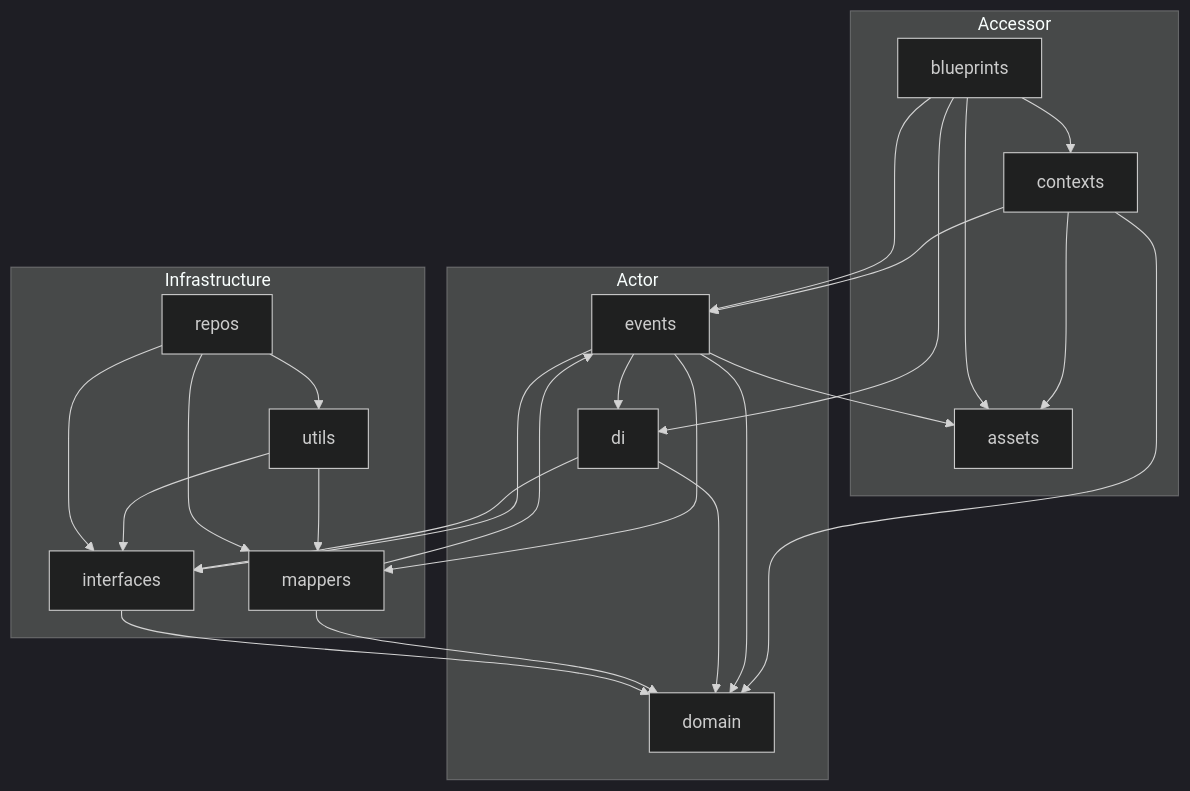
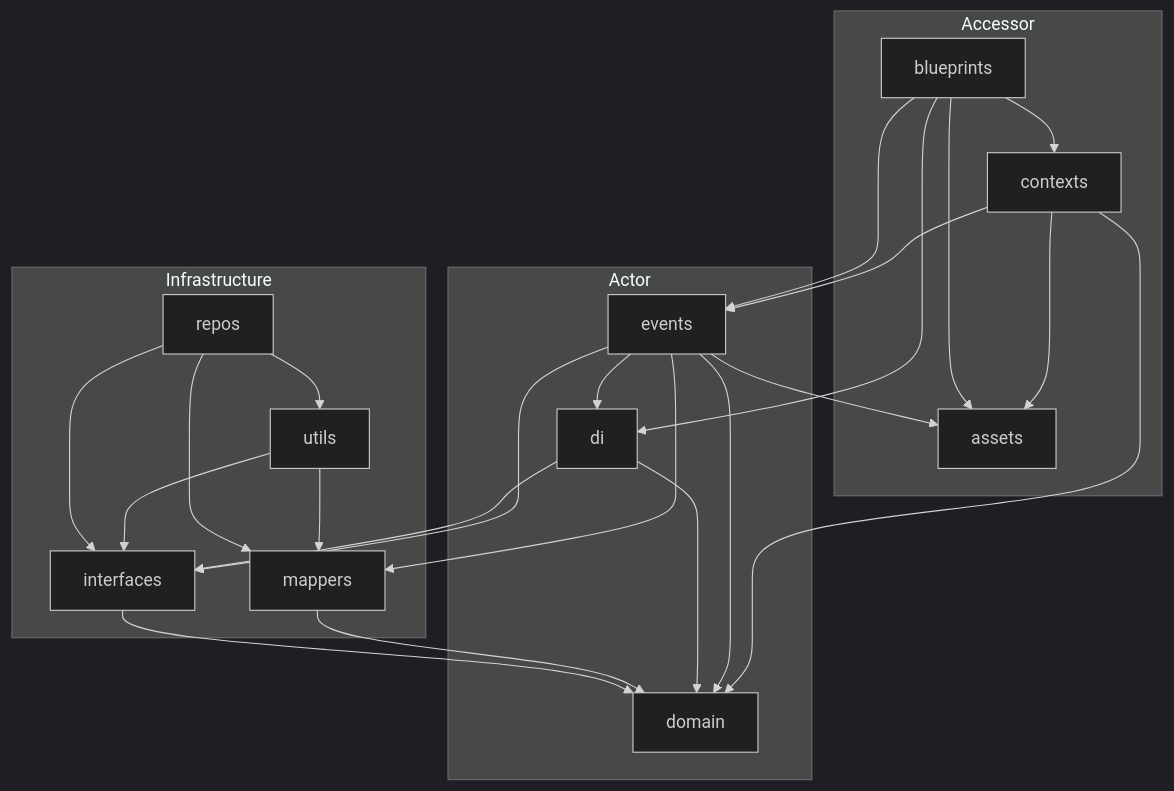
One commit to greatstrength/tiferet changed the diagram in docs/collab/agents/skills/tiferet-code-architecture/SKILL.md. Above: the diagram before and after it, drawn with Mermaid (dark theme). The commit also changed other lines of this file and 10 other files, not shown here.

````diff
--- a/docs/collab/agents/skills/tiferet-code-architecture/SKILL.md
+++ b/docs/collab/agents/skills/tiferet-code-architecture/SKILL.md
@@ -33,28 +33,28 @@
 ```mermaid
 flowchart TD
   subgraph Accessor
+    contexts
     assets
-    contexts
     blueprints
   end
   subgraph Actor
     domain
     events
     di
   end
   subgraph Infrastructure
     interfaces
     mappers
     utils
     repos
   end
 
   contexts --> assets & events & domain
   blueprints --> assets & contexts & di & events
   events --> assets & domain & interfaces & mappers & di
   di --> domain & interfaces
-  mappers --> domain & events
+  mappers --> domain
   interfaces --> domain
   utils --> interfaces & mappers
   repos --> interfaces & mappers & utils
 ```
````
